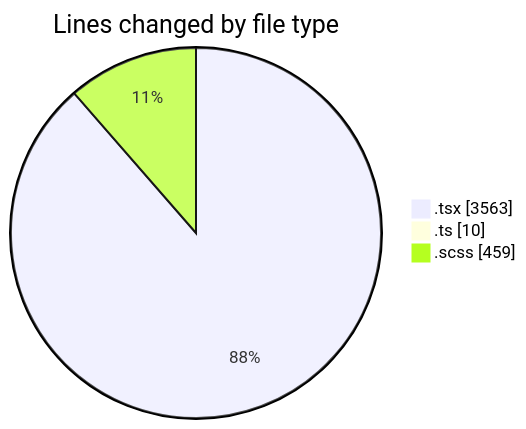
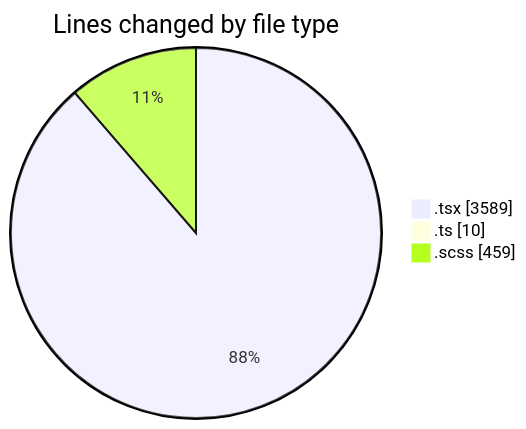
The first of 2 diagrams in 2025-11-17/cda/README.md (momahboobian/code-tracking), drawn with Mermaid before and after one commit. The commit also changed other lines of this file and 1 other file, not shown here.

````diff
--- a/2025-11-17/cda/README.md
+++ b/2025-11-17/cda/README.md
@@ -28,7 +28,7 @@
 ```mermaid
 pie showData
 title Lines changed by file type
-".tsx" : 3563
+".tsx" : 3589
 ".ts" : 10
 ".scss" : 459
 ```
````
